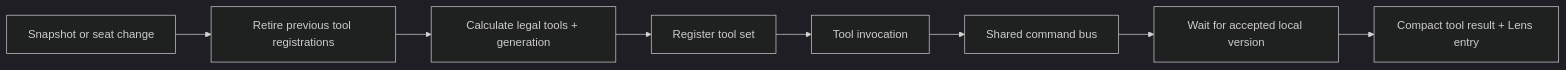
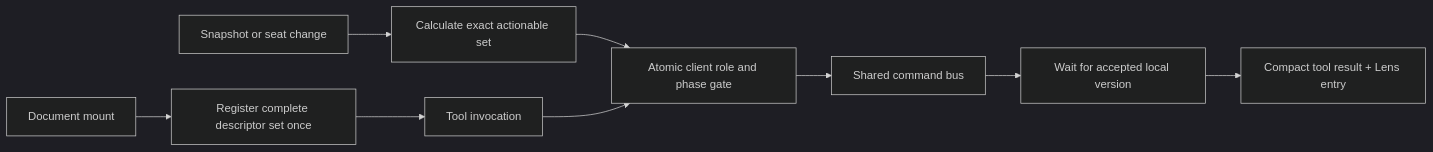
One commit to yaboijbigs/mcpencil changed the fourth of 4 diagrams in docs/ARCHITECTURE.md. Above: the diagram before and after it, drawn with Mermaid (dark theme). The commit also changed other lines of this file and 11 other files, not shown here.

````diff
--- a/docs/ARCHITECTURE.md
+++ b/docs/ARCHITECTURE.md
@@ -119,10 +121,11 @@
 ```mermaid
 flowchart LR
-    SNAP[Snapshot or seat change] --> ABORT[Retire previous tool registrations]
-    ABORT --> CALC[Calculate legal tools + generation]
-    CALC --> REG[Register tool set]
+    MOUNT[Document mount] --> REG[Register complete descriptor set once]
+    SNAP[Snapshot or seat change] --> CALC[Calculate exact actionable set]
     REG --> CALL[Tool invocation]
-    CALL --> BUS[Shared command bus]
+    CALC --> GATE[Atomic client role and phase gate]
+    CALL --> GATE
+    GATE --> BUS[Shared command bus]
     BUS --> ACK[Wait for accepted local version]
     ACK --> RESULT[Compact tool result + Lens entry]
 ```
````
